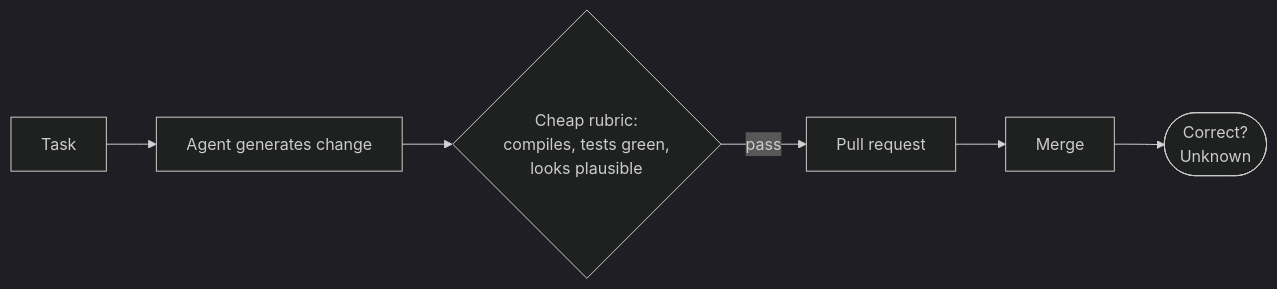
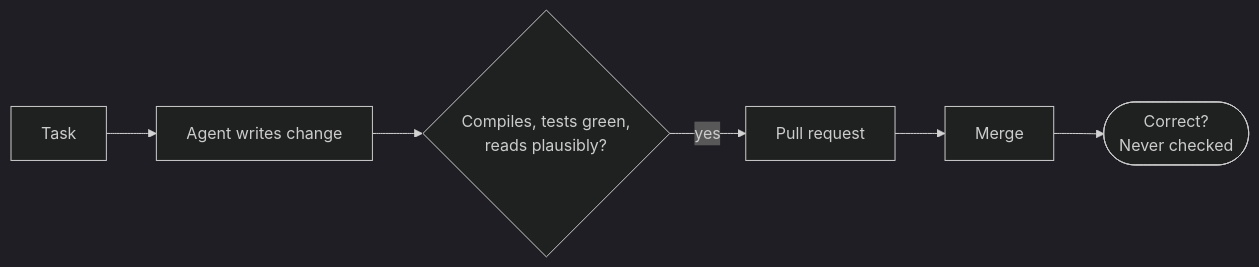
One commit to SharmaAjay19/blog changed the diagram in agentic/trust_but_verify.md. Above: the diagram before and after it, drawn with Mermaid (dark theme). The commit also changed other lines of this file and 1 other file, not shown here.

````diff
--- a/agentic/trust_but_verify.md
+++ b/agentic/trust_but_verify.md
@@ -33,8 +23,8 @@
 ```mermaid
 flowchart LR
-    A["Task"] --> B["Agent generates change"]
-    B --> C{"Cheap rubric:<br/>compiles, tests green,<br/>looks plausible"}
-    C -->|pass| D["Pull request"]
+    A["Task"] --> B["Agent writes change"]
+    B --> C{"Compiles, tests green,<br/>reads plausibly?"}
+    C -->|yes| D["Pull request"]
     D --> E["Merge"]
-    E --> F(["Correct?<br/>Unknown"])
+    E --> F(["Correct?<br/>Never checked"])
 ```
````
